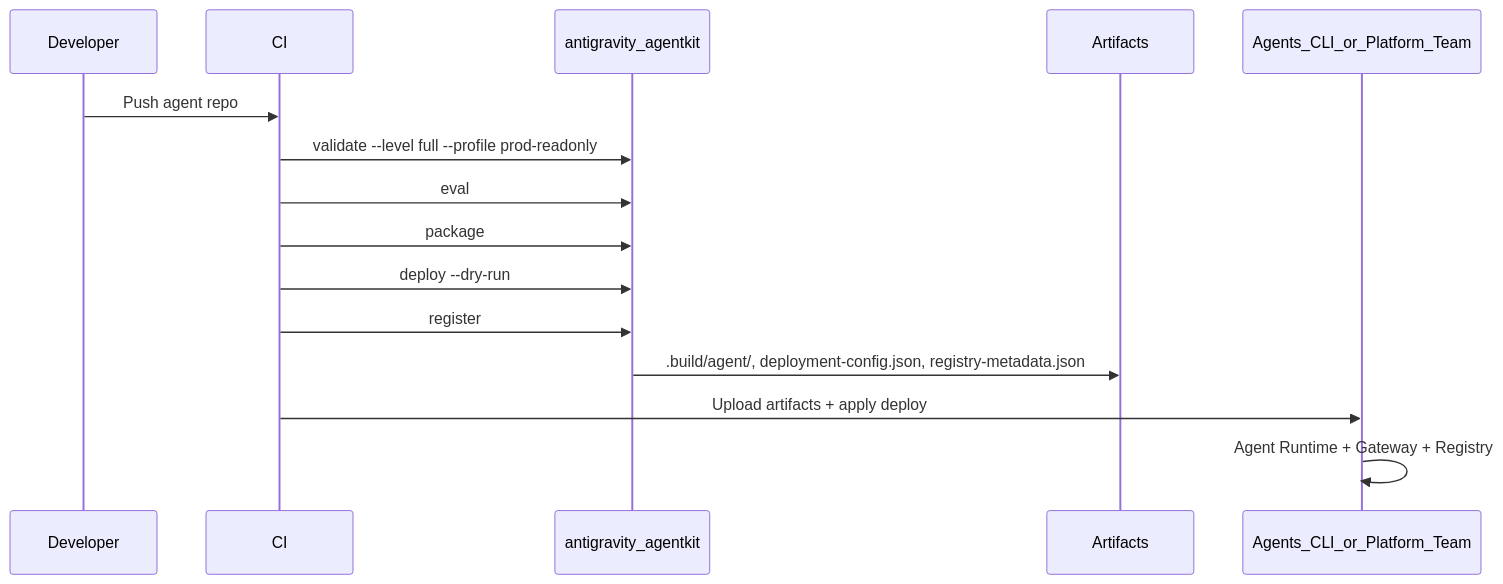
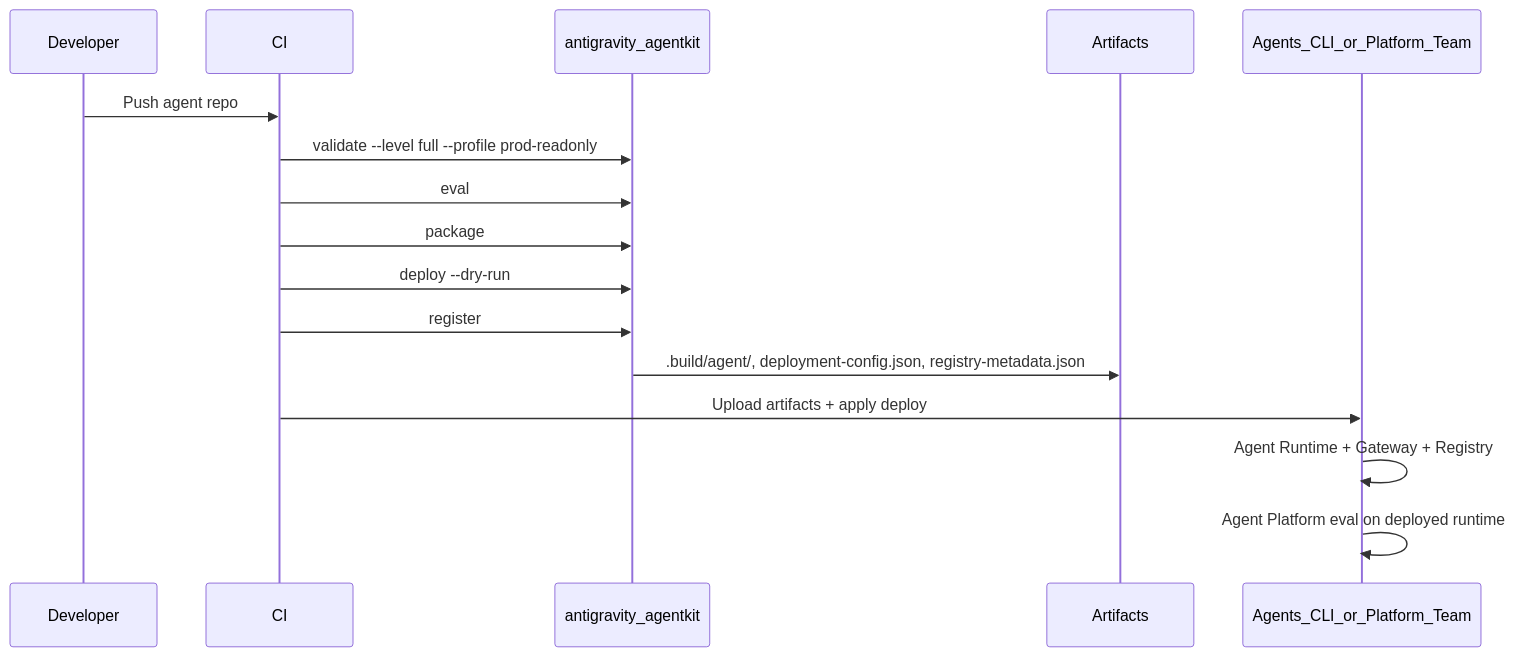
One commit to yu-iskw/antigravity-agentkit changed the first of 3 diagrams in docs/guides/12-production-workflows.md. Above: the diagram before and after it, drawn with Mermaid. The commit also changed other lines of this file and 5 other files, not shown here.

First line of the commit message:
docs(eval): document hybrid AgentKit and Platform evaluation workflow

````diff
--- a/docs/guides/12-production-workflows.md
+++ b/docs/guides/12-production-workflows.md
@@ -11,18 +11,19 @@
 ```mermaid
 sequenceDiagram
     participant Dev as Developer
     participant CI as CI
     participant AK as antigravity_agentkit
     participant Art as Artifacts
     participant Plat as Agents_CLI_or_Platform_Team
 
     Dev->>CI: Push agent repo
     CI->>AK: validate --level full --profile prod-readonly
     CI->>AK: eval
     CI->>AK: package
     CI->>AK: deploy --dry-run
     CI->>AK: register
     AK->>Art: .build/agent/, deployment-config.json, registry-metadata.json
     CI->>Plat: Upload artifacts + apply deploy
     Plat->>Plat: Agent Runtime + Gateway + Registry
+    Plat->>Plat: Agent Platform eval on deployed runtime
 ```
````
